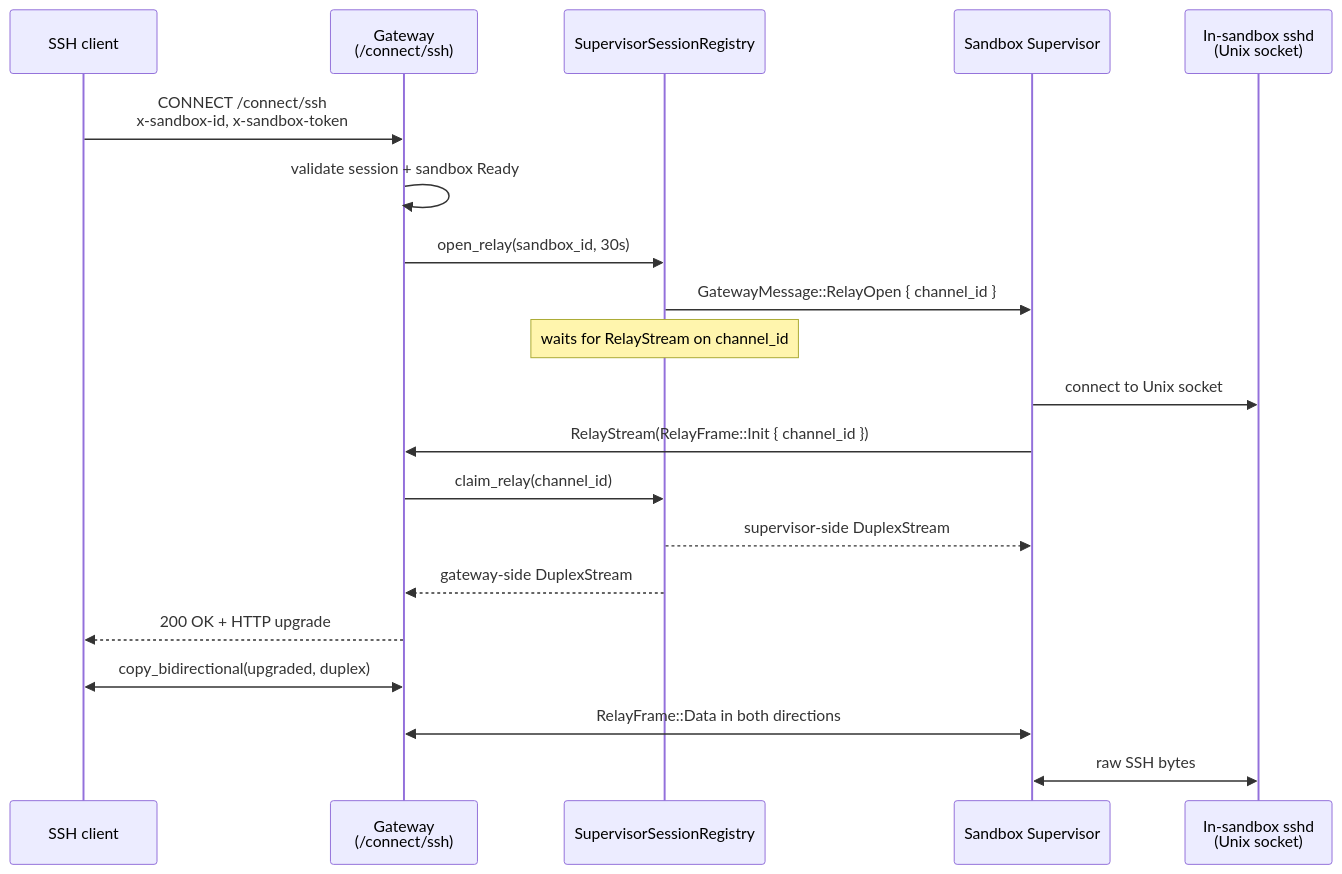
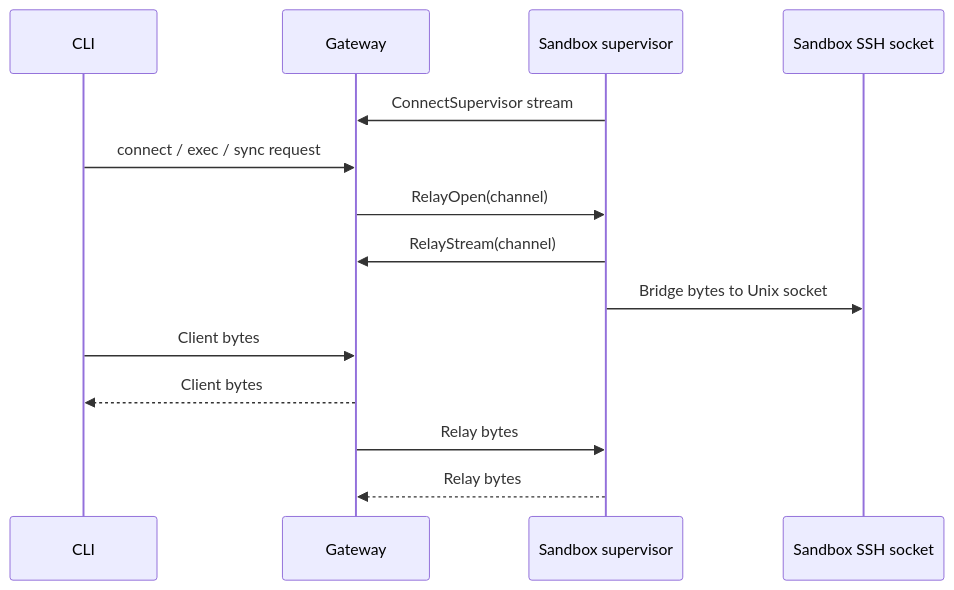
Before and after one commit to st-gr/OpenShell: the diagram in architecture/gateway.md, drawn with Mermaid. The commit also changed other lines of this file and 38 other files, not shown here.

Commit message:
docs(architecture): reset subsystem docs (#1184)

````diff
--- a/architecture/gateway.md
+++ b/architecture/gateway.md
@@ -273,23 +113,17 @@
 ```mermaid
 sequenceDiagram
-    participant Client as SSH client
-    participant GW as Gateway<br/>(/connect/ssh)
-    participant Reg as SupervisorSessionRegistry
-    participant Sup as Sandbox Supervisor
-    participant Daemon as In-sandbox sshd<br/>(Unix socket)
+    participant CLI
+    participant GW as Gateway
+    participant SUP as Sandbox supervisor
+    participant SSH as Sandbox SSH socket
 
-    Client->>GW: CONNECT /connect/ssh<br/>x-sandbox-id, x-sandbox-token
-    GW->>GW: validate session + sandbox Ready
-    GW->>Reg: open_relay(sandbox_id, 30s)
-    Reg->>Sup: GatewayMessage::RelayOpen { channel_id }
-    Note over Reg: waits for RelayStream on channel_id
-    Sup->>Daemon: connect to Unix socket
-    Sup->>GW: RelayStream(RelayFrame::Init { channel_id })
-    GW->>Reg: claim_relay(channel_id)
-    Reg-->>Sup: supervisor-side DuplexStream
-    Reg-->>GW: gateway-side DuplexStream
-    GW-->>Client: 200 OK + HTTP upgrade
-    Client<<->>GW: copy_bidirectional(upgraded, duplex)
-    GW<<->>Sup: RelayFrame::Data in both directions
-    Sup<<->>Daemon: raw SSH bytes
+    SUP->>GW: ConnectSupervisor stream
+    CLI->>GW: connect / exec / sync request
+    GW->>SUP: RelayOpen(channel)
+    SUP->>GW: RelayStream(channel)
+    SUP->>SSH: Bridge bytes to Unix socket
+    CLI->>GW: Client bytes
+    GW-->>CLI: Client bytes
+    GW->>SUP: Relay bytes
+    SUP-->>GW: Relay bytes
 ```
````
